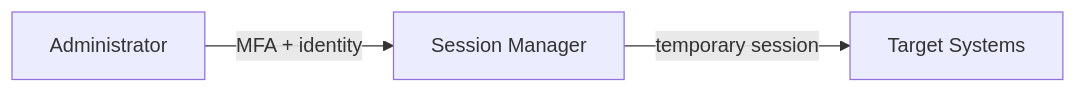
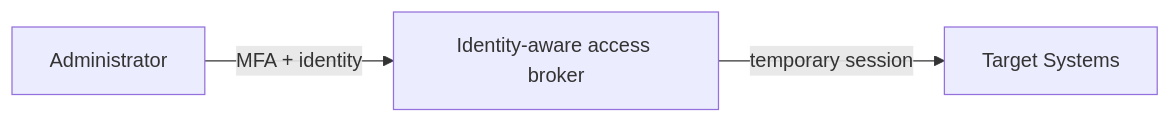
One commit to wagov-dtt/architecture-decision-records changed the diagram in security/012-privileged-remote-access.md. Above: the diagram before and after it, drawn with Mermaid. The commit also changed other lines of this file and 35 other files, not shown here.

First line of the commit message:
Modernise cyber protection architecture guidance (#29)

````diff
--- a/security/012-privileged-remote-access.md
+++ b/security/012-privileged-remote-access.md
@@ -23,9 +24,9 @@
 ```mermaid
 flowchart LR
     admin[Administrator]
-    ssm[Session Manager]
+    ssm[Identity-aware access broker]
     systems[Target Systems]
 
     admin -->|MFA + identity| ssm
     ssm -->|temporary session| systems
 ```
````
